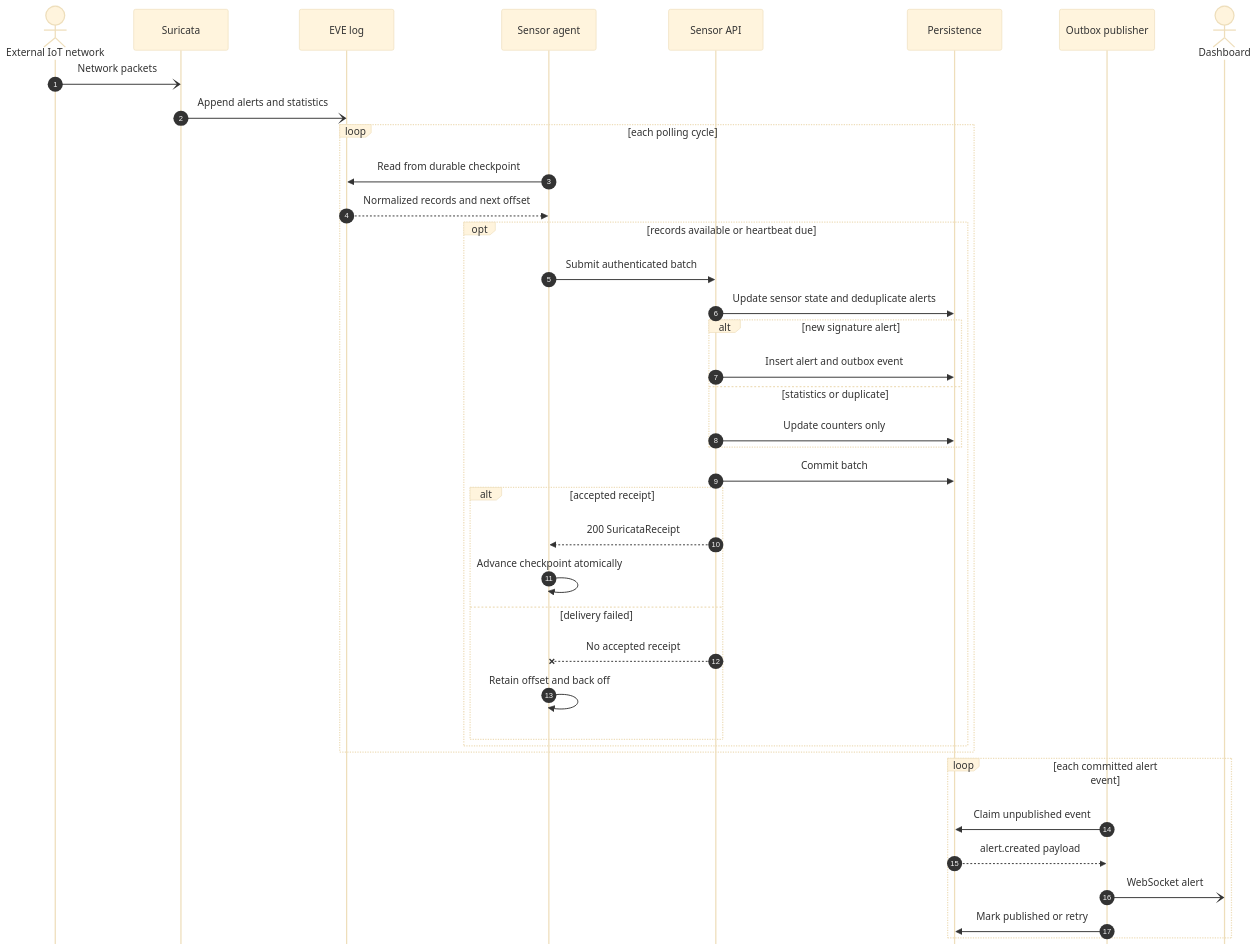
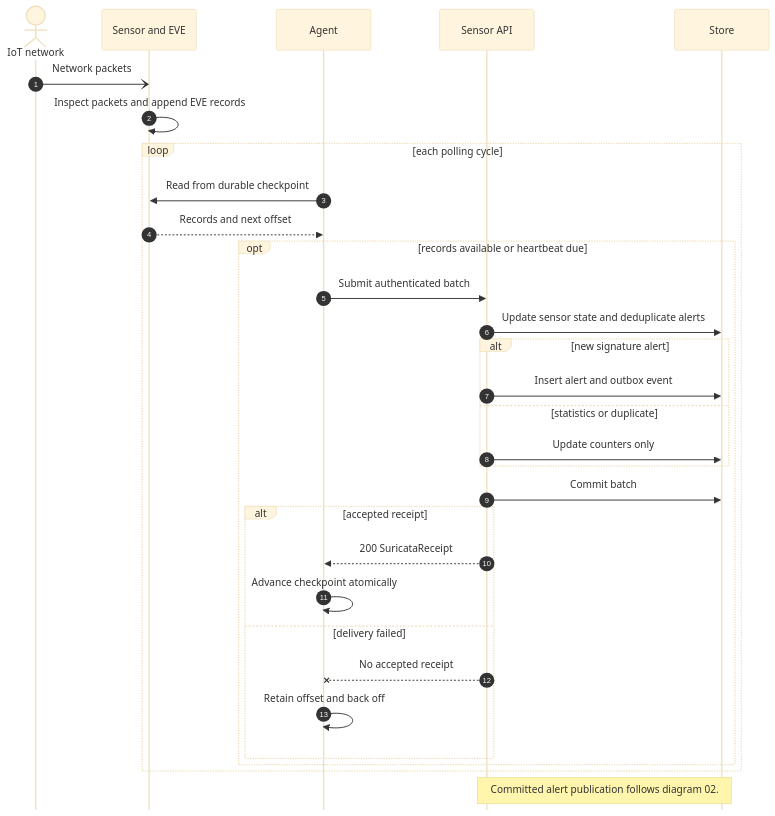
Before and after one commit to ZakariaElKhaldi/4iir-sr: the diagram in diagrams/10-suricata-sensor-sequence.mmd, drawn with Mermaid (base theme). The commit also changed 37 other files, not shown here.

Commit message:
diagrames

```diff
--- a/diagrams/10-suricata-sensor-sequence.mmd
+++ b/diagrams/10-suricata-sensor-sequence.mmd
@@ -1,49 +1,41 @@
 ---
 config:
   sequence:
     mirrorActors: false
-    actorMargin: 36
-    messageMargin: 24
+    actorMargin: 30
+    messageMargin: 25
 ---
 sequenceDiagram
     autonumber
-    actor Network as External IoT network
-    participant Sensor as Suricata
-    participant EVE as EVE log
-    participant Agent as Sensor agent
+    actor Network as IoT network
+    participant Sensor as Sensor and EVE
+    participant Agent as Agent
     participant API as Sensor API
-    participant DB as Persistence
-    participant Publisher as Outbox publisher
-    actor UI as Dashboard
+    participant DB as Store
 
     Network-)Sensor: Network packets
-    Sensor-)EVE: Append alerts and statistics
+    Sensor->>Sensor: Inspect packets and append EVE records
 
     loop each polling cycle
-        Agent->>EVE: Read from durable checkpoint
-        EVE-->>Agent: Normalized records and next offset
+        Agent->>Sensor: Read from durable checkpoint
+        Sensor-->>Agent: Records and next offset
         opt records available or heartbeat due
             Agent->>API: Submit authenticated batch
             API->>DB: Update sensor state and deduplicate alerts
             alt new signature alert
                 API->>DB: Insert alert and outbox event
             else statistics or duplicate
                 API->>DB: Update counters only
             end
             API->>DB: Commit batch
             alt accepted receipt
                 API-->>Agent: 200 SuricataReceipt
                 Agent->>Agent: Advance checkpoint atomically
             else delivery failed
                 API--xAgent: No accepted receipt
                 Agent->>Agent: Retain offset and back off
             end
         end
     end
 
-    loop each committed alert event
-        Publisher->>DB: Claim unpublished event
-        DB-->>Publisher: alert.created payload
-        Publisher-)UI: WebSocket alert
-        Publisher->>DB: Mark published or retry
-    end
+    note over API,DB: Committed alert publication follows diagram 02.
```
